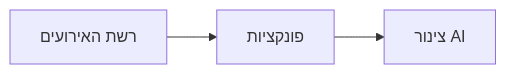
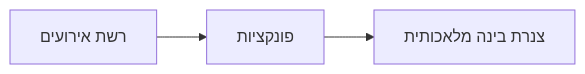
The second of 2 diagrams in translations/he/docs/chapter-08-production/README.md (microsoft/AZD-for-beginners), drawn with Mermaid before and after one commit. The commit also changed other lines of this file and 104 other files, not shown here.

````diff
--- a/translations/he/docs/chapter-08-production/README.md
+++ b/translations/he/docs/chapter-08-production/README.md
@@ -56,4 +57,4 @@
 ```mermaid
 graph LR
-    EventGrid[רשת האירועים] --> Functions[פונקציות] --> Pipeline[צינור AI]
+    EventGrid[רשת אירועים] --> Functions[פונקציות] --> Pipeline[צנרת בינה מלאכותית]
 ```
````
